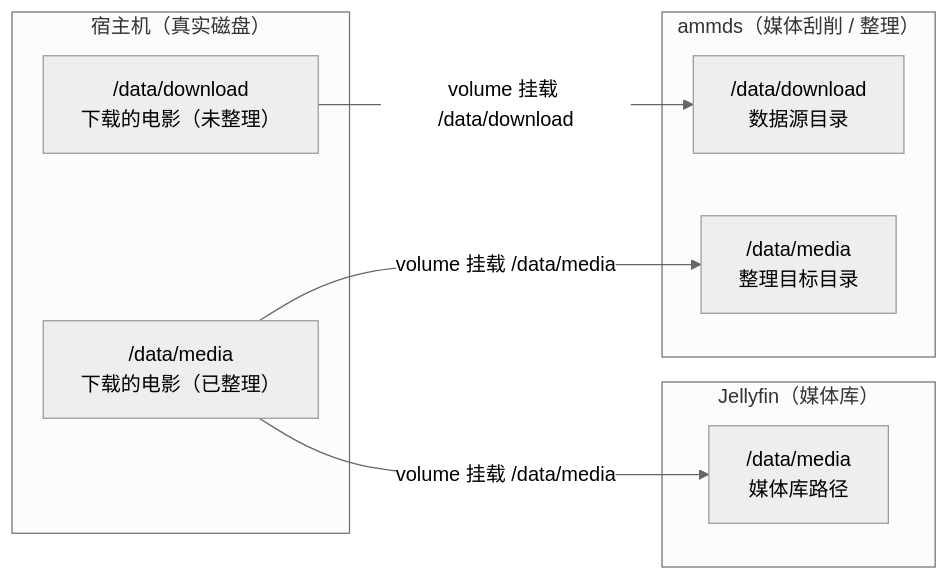
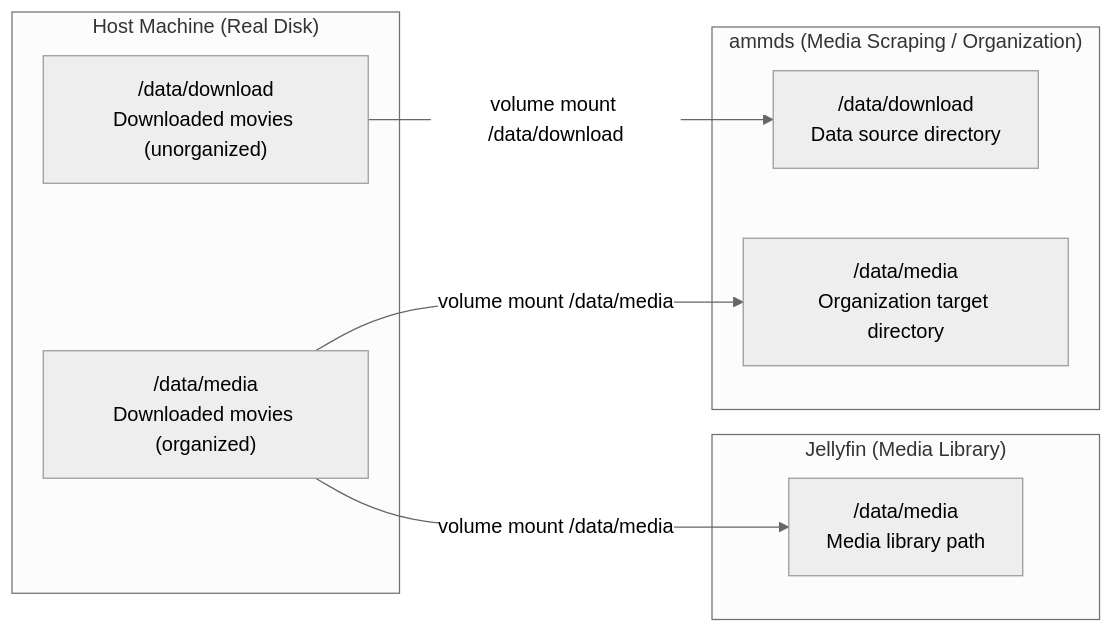
One commit to QYG2297248353/AMMDS-DOC changed the second of 5 diagrams in docs/usage/Mount.md. Above: the diagram before and after it, drawn with Mermaid (neutral theme). The commit also changed other lines of this file and 23 other files, not shown here.

````diff
--- a/docs/usage/Mount.md
+++ b/docs/usage/Mount.md
@@ -74,33 +74,33 @@
 ```mermaid
 flowchart LR
     %% =========================
-    %% 宿主机（只保留事实）
+    %% Host machine (only keep facts)
     %% =========================
-    subgraph HOST["宿主机（真实磁盘）"]
-        D1["/data/download<br/>下载的电影（未整理）"]
-        D2["/data/media<br/>下载的电影（已整理）"]
+    subgraph HOST["Host Machine (Real Disk)"]
+        D1["/data/download<br/>Downloaded movies (unorganized)"]
+        D2["/data/media<br/>Downloaded movies (organized)"]
     end
 
     %% =========================
     %% ammds
     %% =========================
-    subgraph AMMDS["ammds（媒体刮削 / 整理）"]
-        A1["/data/download<br/>数据源目录"]
-        A2["/data/media<br/>整理目标目录"]
+    subgraph AMMDS["ammds (Media Scraping / Organization)"]
+        A1["/data/download<br/>Data source directory"]
+        A2["/data/media<br/>Organization target directory"]
     end
 
     %% =========================
     %% jellyfin
     %% =========================
-    subgraph JELLYFIN["Jellyfin（媒体库）"]
-        J["/data/media<br/>媒体库路径"]
+    subgraph JELLYFIN["Jellyfin (Media Library)"]
+        J["/data/media<br/>Media library path"]
     end
 
     %% =========================
-    %% 挂载关系（只剩必要的）
+    %% Mount relationships (only necessary ones)
     %% =========================
-    D1 -->|"volume 挂载 /data/download"| A1
-    D2 -->|"volume 挂载 /data/media"| A2
-    D2 -->|"volume 挂载 /data/media"| J
+    D1 -->|"volume mount /data/download"| A1
+    D2 -->|"volume mount /data/media"| A2
+    D2 -->|"volume mount /data/media"| J
 
 ```
````
